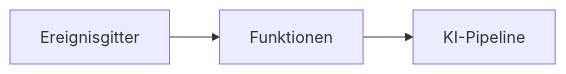
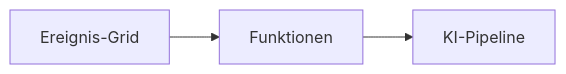
The second of 2 diagrams in translations/de/docs/chapter-08-production/README.md (microsoft/AZD-for-beginners), drawn with Mermaid before and after one commit. The commit also changed other lines of this file and 104 other files, not shown here.

````diff
--- a/translations/de/docs/chapter-08-production/README.md
+++ b/translations/de/docs/chapter-08-production/README.md
@@ -56,4 +57,4 @@
 ```mermaid
 graph LR
-    EventGrid[Ereignisgitter] --> Functions[Funktionen] --> Pipeline[KI-Pipeline]
+    EventGrid[Ereignis-Grid] --> Functions[Funktionen] --> Pipeline[KI-Pipeline]
 ```
````
